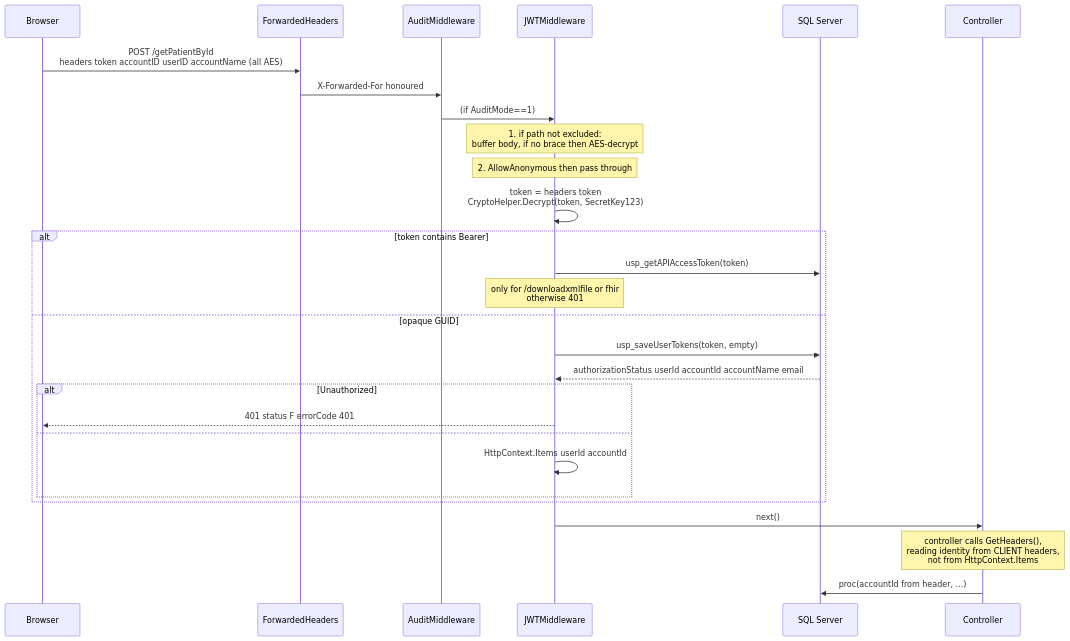
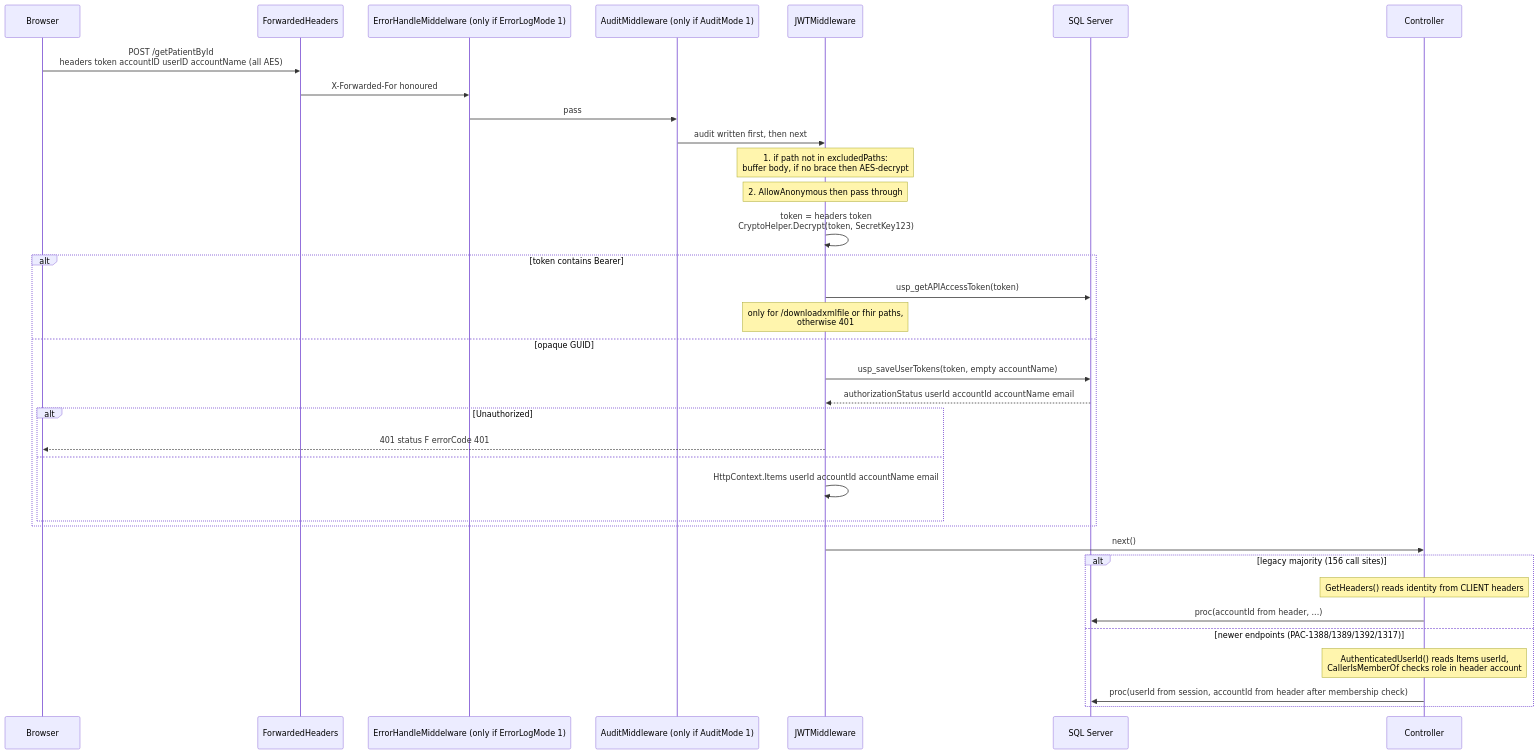
One commit to hemsingh-3PG/sai-systems-AIRE changed the second of 5 diagrams in docs/architecture-diagrams/01-auth-identity-tenancy-deep-dive-diagrams.md. Above: the diagram before and after it, drawn with Mermaid. The commit also changed other lines of this file and 285 other files, not shown here.

````diff
--- a/docs/architecture-diagrams/01-auth-identity-tenancy-deep-dive-diagrams.md
+++ b/docs/architecture-diagrams/01-auth-identity-tenancy-deep-dive-diagrams.md
@@ -48,32 +45,38 @@
 ```mermaid
 sequenceDiagram
   participant U as Browser
   participant FH as ForwardedHeaders
-  participant AU as AuditMiddleware
+  participant EH as ErrorHandleMiddelware (only if ErrorLogMode 1)
+  participant AU as AuditMiddleware (only if AuditMode 1)
   participant MW as JWTMiddleware
   participant DB as SQL Server
   participant CT as Controller
 
   U->>FH: POST /getPatientById<br/>headers token accountID userID accountName (all AES)
-  FH->>AU: X-Forwarded-For honoured
-  AU->>MW: (if AuditMode==1)
-
-  Note over MW: 1. if path not excluded:<br/>buffer body, if no brace then AES-decrypt
+  FH->>EH: X-Forwarded-For honoured
+  EH->>AU: pass
+  AU->>MW: audit written first, then next
+  Note over MW: 1. if path not in excludedPaths:<br/>buffer body, if no brace then AES-decrypt
   Note over MW: 2. AllowAnonymous then pass through
   MW->>MW: token = headers token<br/>CryptoHelper.Decrypt(token, SecretKey123)
   alt token contains Bearer
     MW->>DB: usp_getAPIAccessToken(token)
-    Note over MW: only for /downloadxmlfile or fhir<br/>otherwise 401
+    Note over MW: only for /downloadxmlfile or fhir paths,<br/>otherwise 401
   else opaque GUID
-    MW->>DB: usp_saveUserTokens(token, empty)
+    MW->>DB: usp_saveUserTokens(token, empty accountName)
     DB-->>MW: authorizationStatus userId accountId accountName email
     alt Unauthorized
       MW-->>U: 401 status F errorCode 401
     else
-      MW->>MW: HttpContext.Items userId accountId
+      MW->>MW: HttpContext.Items userId accountId accountName email
     end
   end
   MW->>CT: next()
-  Note over CT: controller calls GetHeaders(),<br/>reading identity from CLIENT headers,<br/>not from HttpContext.Items
-  CT->>DB: proc(accountId from header, ...)
+  alt legacy majority (156 call sites)
+    Note over CT: GetHeaders() reads identity from CLIENT headers
+    CT->>DB: proc(accountId from header, ...)
+  else newer endpoints (PAC-1388/1389/1392/1317)
+    Note over CT: AuthenticatedUserId() reads Items userId,<br/>CallerIsMemberOf checks role in header account
+    CT->>DB: proc(userId from session, accountId from header after membership check)
+  end
 ```
````
